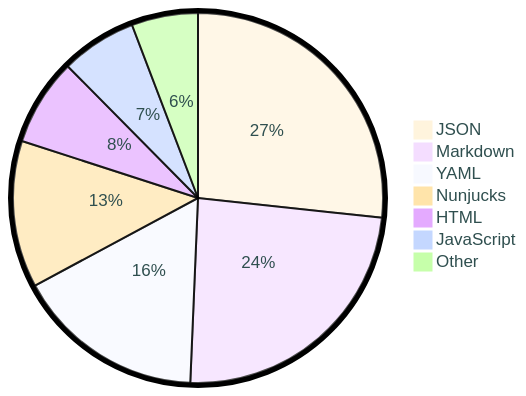
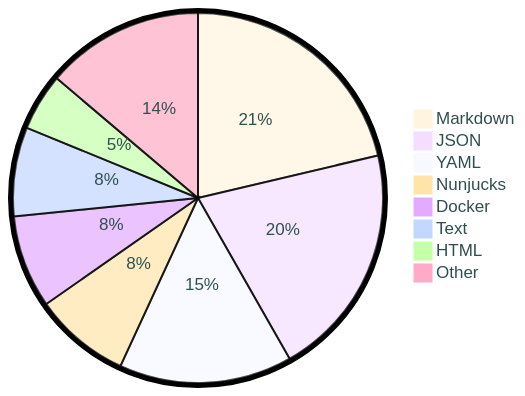
The diagram in README.md (tot0p/tot0p), drawn with Mermaid before and after one commit. The commit also changed other lines of this file, not shown here.

````diff
--- a/README.md
+++ b/README.md
@@ -121,11 +129,12 @@
 ```mermaid
 %%{init: {"pie": {"textPosition": 0.5}, "themeVariables": {"pieOuterStrokeWidth": "5px","primaryTextColor" : "#2F4F4F"},"theme":"base"} }%%
 pie
-	"JSON": 26.7
-	"Markdown": 23.96
-	"YAML": 16.49
-	"Nunjucks": 12.82
-	"HTML": 7.61
-	"JavaScript": 6.61
-	"Other": 5.8
+	"Markdown": 21.31
+	"JSON": 20.45
+	"YAML": 15.13
+	"Nunjucks": 8.41
+	"Docker": 8.12
+	"Text": 7.78
+	"HTML": 5.0
+	"Other": 13.809999999999999
 ```
````
